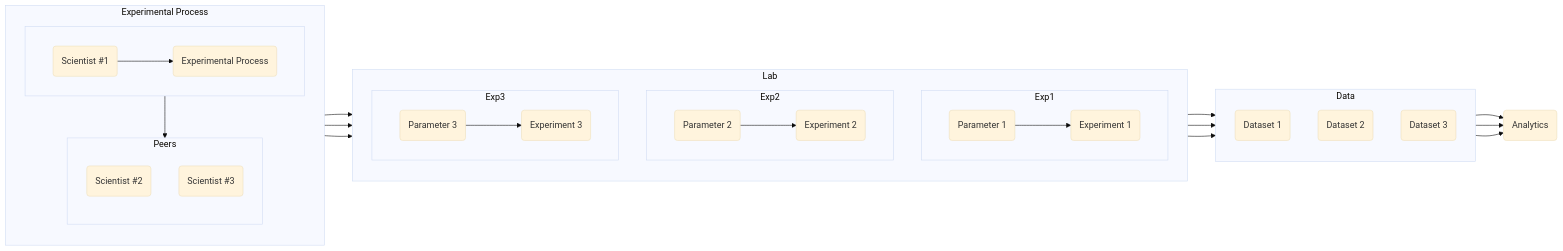
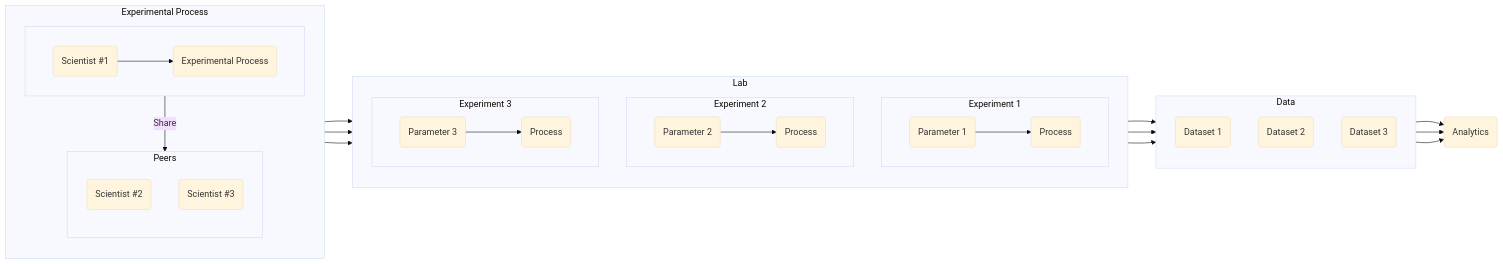
One commit to LLNL/maestrowf changed the first of 2 diagrams in docs/Philosophy/principles.md. Above: the diagram before and after it, drawn with Mermaid (base theme). The commit also changed other lines of this file and 14 other files, not shown here.

````diff
--- a/docs/Philosophy/principles.md
+++ b/docs/Philosophy/principles.md
@@ -35,43 +35,43 @@
 ``` mermaid
 flowchart LR
     subgraph exp_proc [Experimental Process]
       direction TB
       subgraph Process [ ]
         direction LR
         A(Scientist #1)-->B(Experimental Process)
       end
-      Process-->Peers
+      Process--Share-->Peers
       subgraph Peers
           direction TB
           C(Scientist #2)
           D(Scientist #3)
       end
     end
     B-->E
     B-->G
     B-->I
     subgraph Lab
       direction TB
-        subgraph Exp1
+        subgraph Exp1 [Experiment 1]
           direction LR
-          E(Parameter 1) --> F(Experiment 1)
+          E(Parameter 1) --> F(Process)
         end
-        subgraph Exp2
+        subgraph Exp2 [Experiment 2]
           direction LR
-          G(Parameter 2) --> H(Experiment 2)
+          G(Parameter 2) --> H(Process)
         end
-        subgraph Exp3
+        subgraph Exp3 [Experiment 3]
           direction LR
-          I(Parameter 3) --> J(Experiment 3)
+          I(Parameter 3) --> J(Process)
         end
     end
     subgraph Data
       direction TB
       F-->K(Dataset 1)
       H-->L(Dataset 2)
       J-->M(Dataset 3)
     end
     K-->N(Analytics)
     L-->N
     M-->N
 ```
````
